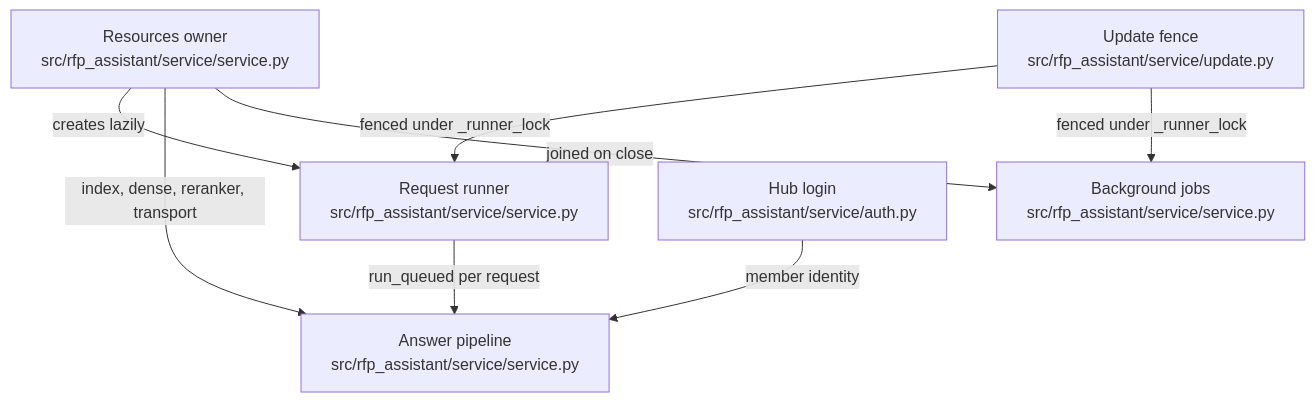
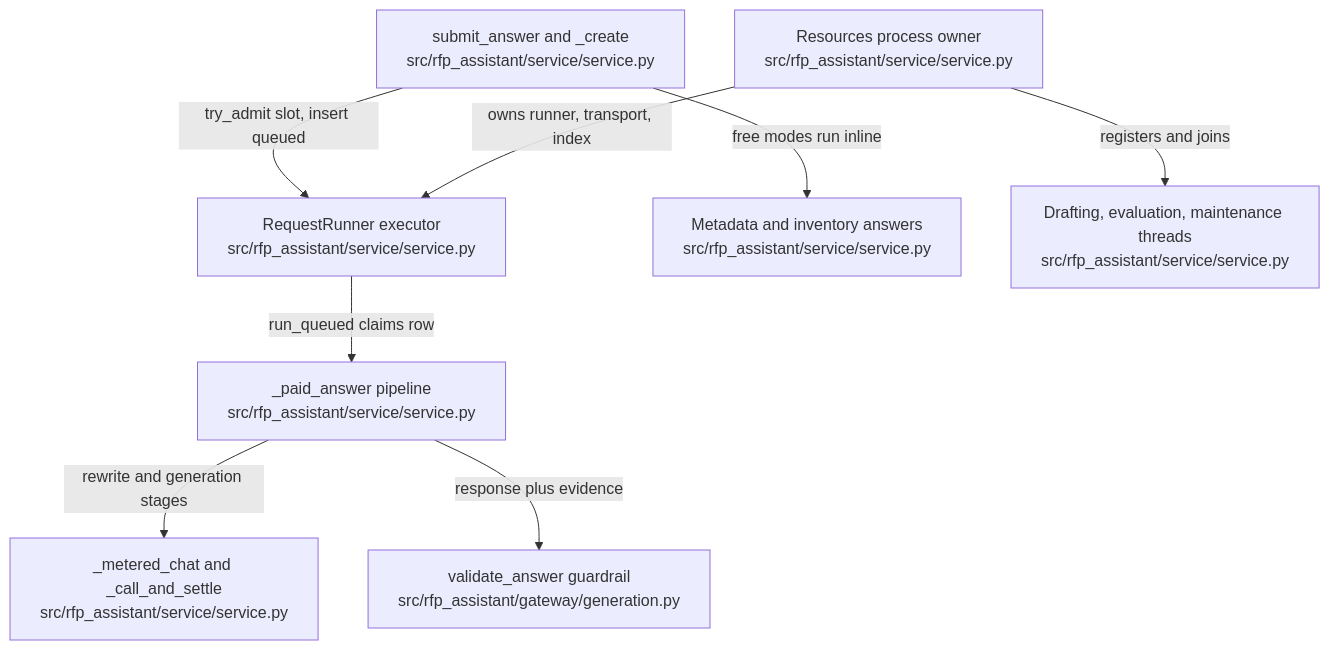
Before and after one commit to littleeeeebit/project-codeit-mid: the diagram in .omm/overall-architecture/service-core/diagram.mmd, drawn with Mermaid. The commit also changed 402 other files, not shown here.

```diff
--- a/.omm/overall-architecture/service-core/diagram.mmd
+++ b/.omm/overall-architecture/service-core/diagram.mmd
@@ -1,8 +1,16 @@
 graph TD
-  resources-owner["Resources owner\nsrc/rfp_assistant/service/service.py"] -->|"creates lazily"| request-runner["Request runner\nsrc/rfp_assistant/service/service.py"]
-  request-runner -->|"run_queued per request"| answer-pipeline["Answer pipeline\nsrc/rfp_assistant/service/service.py"]
-  resources-owner -->|"index, dense, reranker, transport"| answer-pipeline
-  resources-owner -->|"joined on close"| background-jobs["Background jobs\nsrc/rfp_assistant/service/service.py"]
-  update-watch["Update fence\nsrc/rfp_assistant/service/update.py"] -->|"fenced under _runner_lock"| request-runner
-  update-watch -->|"fenced under _runner_lock"| background-jobs
-  hub-login["Hub login\nsrc/rfp_assistant/service/auth.py"] -->|"member identity"| answer-pipeline
+  resources-owner["Resources process owner\nsrc/rfp_assistant/service/service.py"]
+  submit-answer["submit_answer and _create\nsrc/rfp_assistant/service/service.py"]
+  request-runner["RequestRunner executor\nsrc/rfp_assistant/service/service.py"]
+  paid-answer["_paid_answer pipeline\nsrc/rfp_assistant/service/service.py"]
+  metered-chat["_metered_chat and _call_and_settle\nsrc/rfp_assistant/service/service.py"]
+  answer-validation["validate_answer guardrail\nsrc/rfp_assistant/gateway/generation.py"]
+  free-modes["Metadata and inventory answers\nsrc/rfp_assistant/service/service.py"]
+  background-jobs["Drafting, evaluation, maintenance threads\nsrc/rfp_assistant/service/service.py"]
+  submit-answer -->|"try_admit slot, insert queued"| request-runner
+  submit-answer -->|"free modes run inline"| free-modes
+  request-runner -->|"run_queued claims row"| paid-answer
+  paid-answer -->|"rewrite and generation stages"| metered-chat
+  paid-answer -->|"response plus evidence"| answer-validation
+  resources-owner -->|"owns runner, transport, index"| request-runner
+  resources-owner -->|"registers and joins"| background-jobs
```
